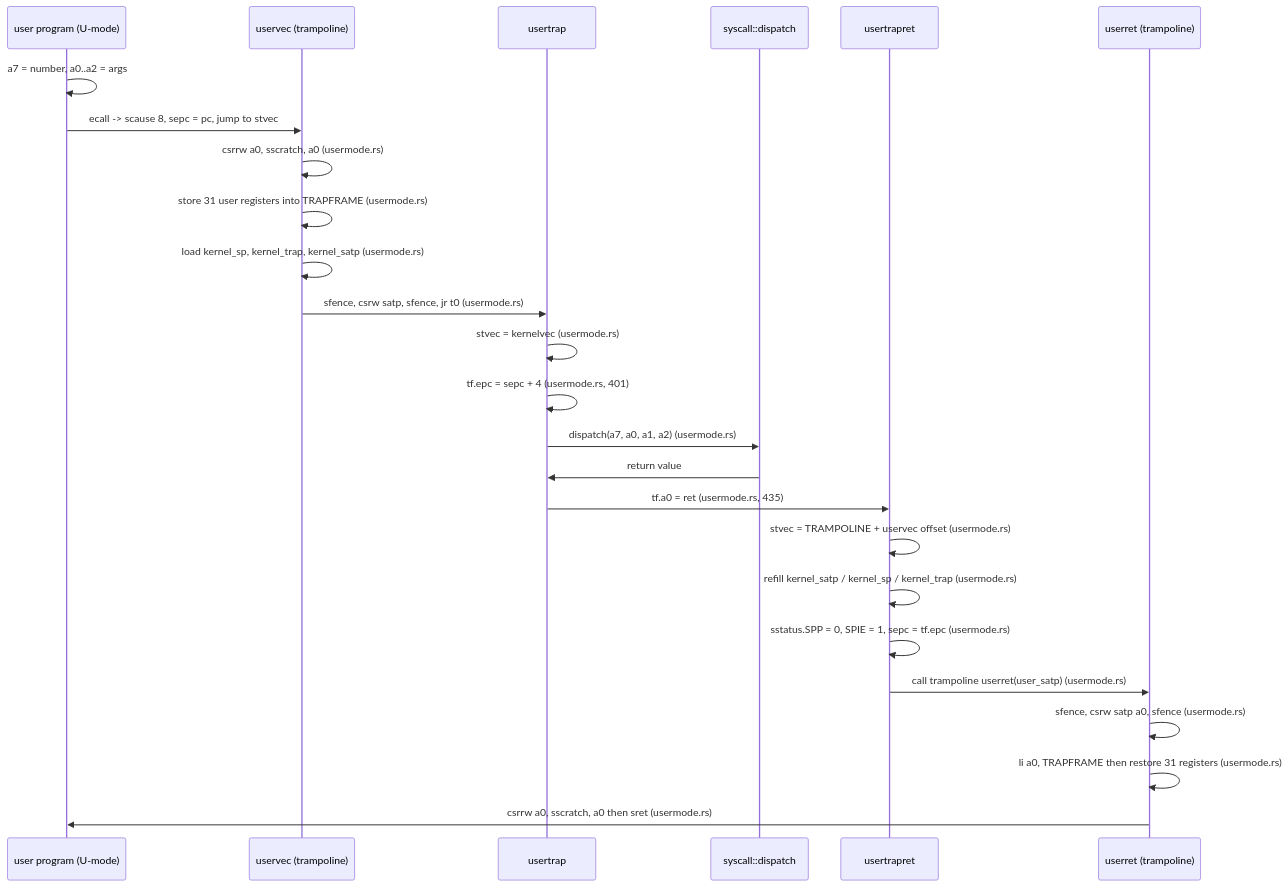
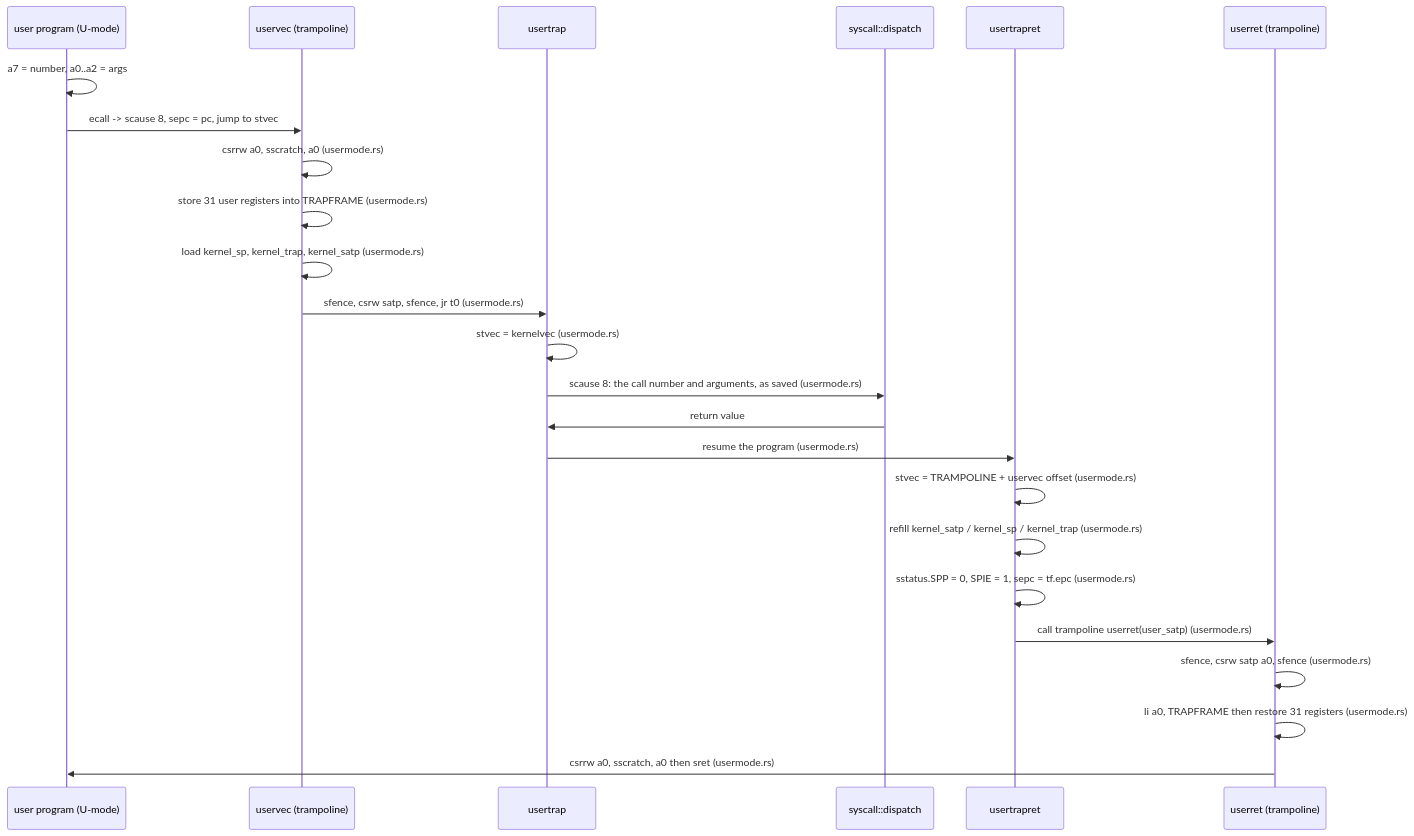
Before and after one commit to USF-CS326-F26/USF-CS326-F26.github.io: the fifth of 5 diagrams in docs/guides/rv6-architecture.md, drawn with Mermaid. The commit also changed other lines of this file and 48 other files, not shown here.

````diff
--- a/docs/guides/rv6-architecture.md
+++ b/docs/guides/rv6-architecture.md
@@ -427,27 +431,26 @@
 ```mermaid
 sequenceDiagram
     participant user as user program (U-mode)
     participant uservec as uservec (trampoline)
     participant usertrap
     participant dispatch as syscall::dispatch
     participant usertrapret
     participant userret as userret (trampoline)
     user->>user: a7 = number, a0..a2 = args
     user->>uservec: ecall -> scause 8, sepc = pc, jump to stvec
     uservec->>uservec: csrrw a0, sscratch, a0 (usermode.rs)
     uservec->>uservec: store 31 user registers into TRAPFRAME (usermode.rs)
     uservec->>uservec: load kernel_sp, kernel_trap, kernel_satp (usermode.rs)
     uservec->>usertrap: sfence, csrw satp, sfence, jr t0 (usermode.rs)
     usertrap->>usertrap: stvec = kernelvec (usermode.rs)
-    usertrap->>usertrap: tf.epc = sepc + 4 (usermode.rs, 401)
-    usertrap->>dispatch: dispatch(a7, a0, a1, a2) (usermode.rs)
+    usertrap->>dispatch: scause 8: the call number and arguments, as saved (usermode.rs)
     dispatch->>usertrap: return value
-    usertrap->>usertrapret: tf.a0 = ret (usermode.rs, 435)
+    usertrap->>usertrapret: resume the program (usermode.rs)
     usertrapret->>usertrapret: stvec = TRAMPOLINE + uservec offset (usermode.rs)
     usertrapret->>usertrapret: refill kernel_satp / kernel_sp / kernel_trap (usermode.rs)
     usertrapret->>usertrapret: sstatus.SPP = 0, SPIE = 1, sepc = tf.epc (usermode.rs)
     usertrapret->>userret: call trampoline userret(user_satp) (usermode.rs)
     userret->>userret: sfence, csrw satp a0, sfence (usermode.rs)
     userret->>userret: li a0, TRAPFRAME then restore 31 registers (usermode.rs)
     userret->>user: csrrw a0, sscratch, a0 then sret (usermode.rs)
 ```
````
